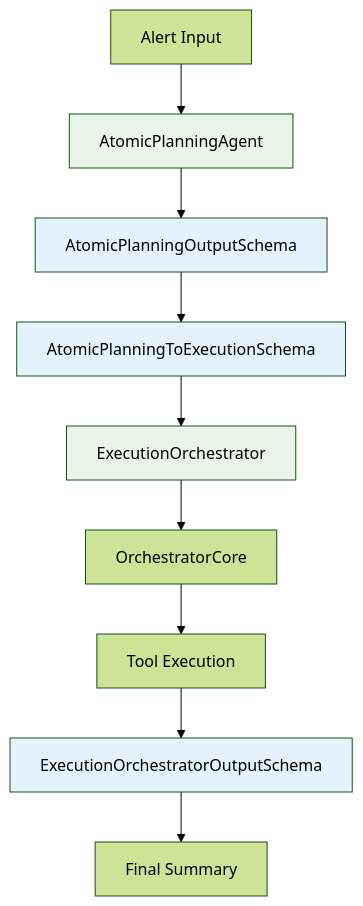
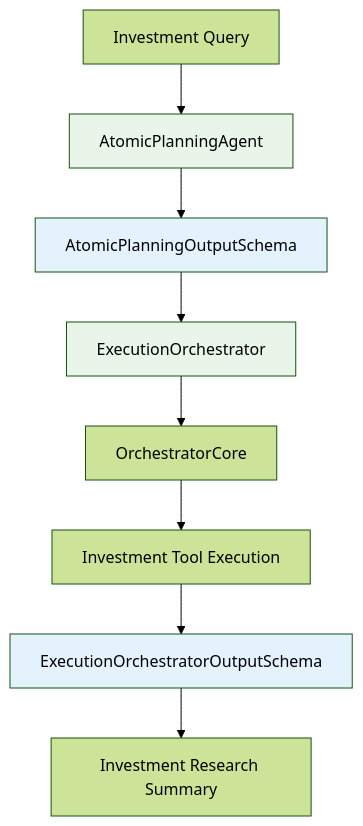
One commit to DonTron-prog/vector-chain changed the diagram in README.md. Above: the diagram before and after it, drawn with Mermaid (forest theme). The commit also changed other lines of this file and 9 other files, not shown here.

First line of the commit message:
Refactor Planning Agent for Investment Research

````diff
--- a/README.md
+++ b/README.md
@@ -211,17 +214,15 @@
 ```mermaid
 graph TD
-    A[Alert Input] --> B[AtomicPlanningAgent]
+    A[Investment Query] --> B[AtomicPlanningAgent]
     B --> C[AtomicPlanningOutputSchema]
-    C --> D[AtomicPlanningToExecutionSchema]
-    D --> E[ExecutionOrchestrator]
-    E --> F[OrchestratorCore]
-    F --> G[Tool Execution]
-    G --> H[ExecutionOrchestratorOutputSchema]
-    H --> I[Final Summary]
+    C --> D[ExecutionOrchestrator]
+    D --> E[OrchestratorCore]
+    E --> F[Investment Tool Execution]
+    F --> G[ExecutionOrchestratorOutputSchema]
+    G --> H[Investment Research Summary]
     
     style B fill:#e8f5e8
-    style E fill:#e8f5e8
+    style D fill:#e8f5e8
     style C fill:#e3f2fd
-    style D fill:#e3f2fd
-    style H fill:#e3f2fd
+    style G fill:#e3f2fd
 ```
````
